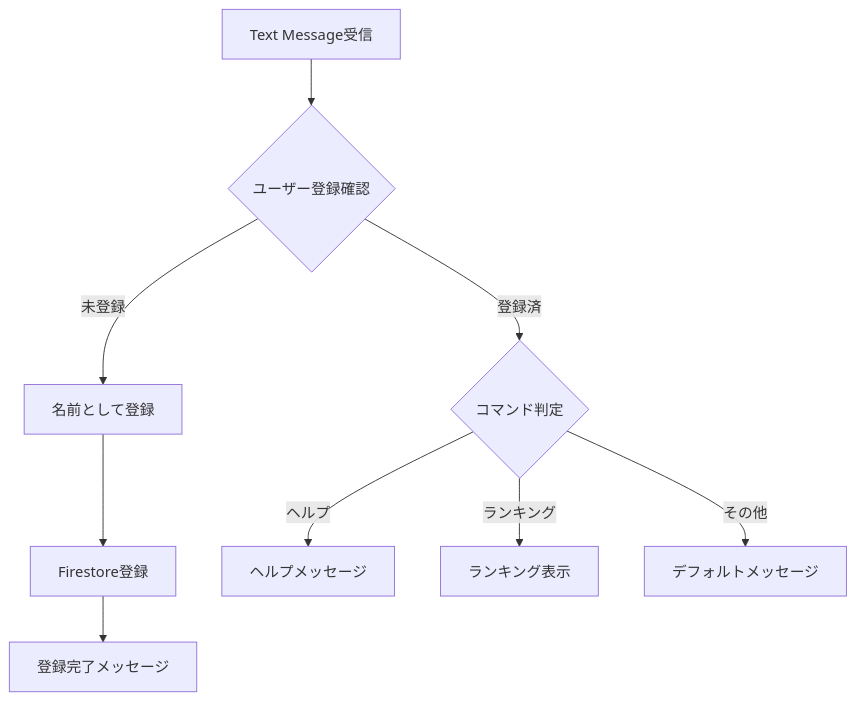
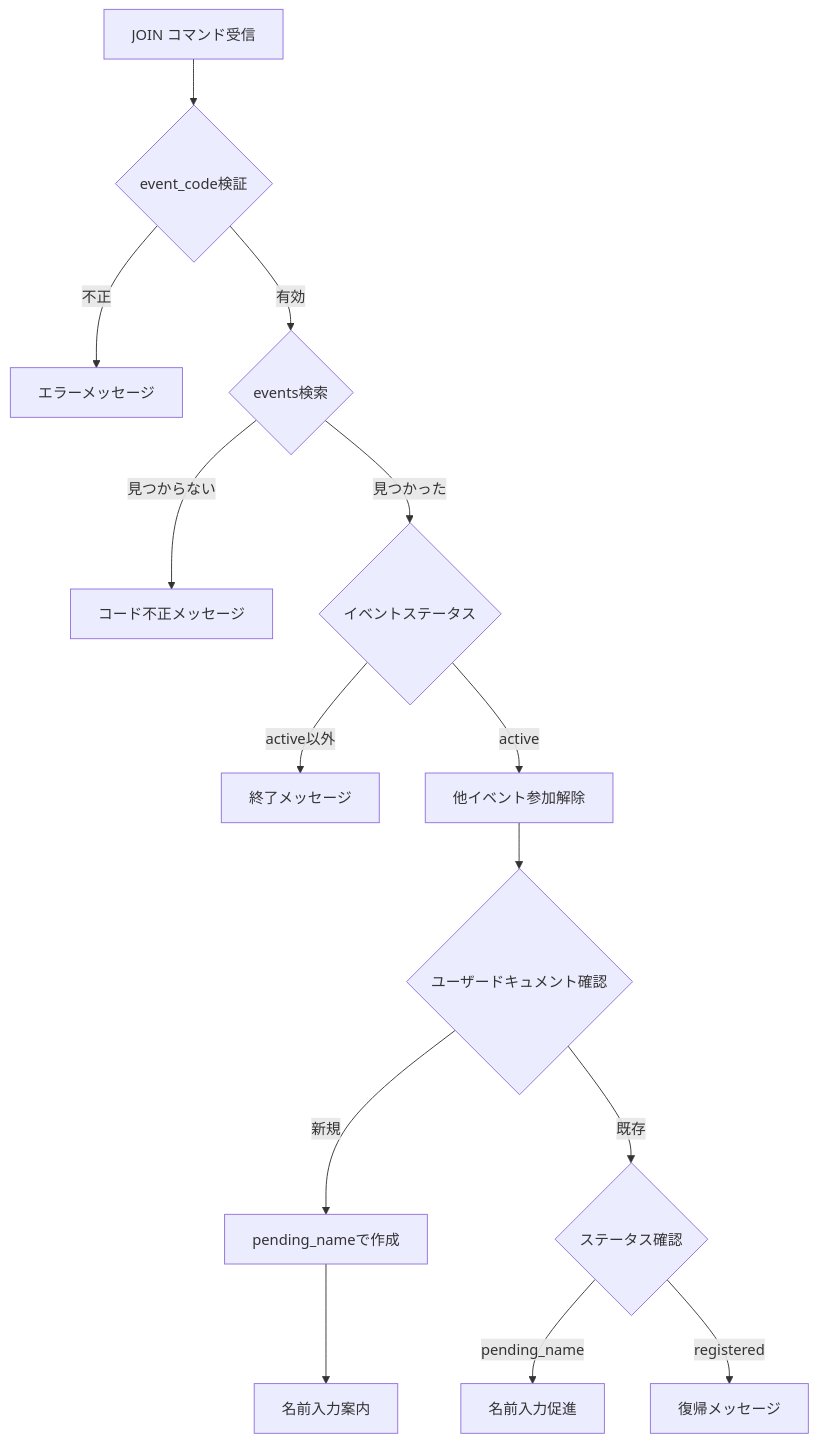
Before and after one commit to nakayamaryo0731/wedding_smile_catcher: the second of 3 diagrams in docs/api/webhook.md, drawn with Mermaid. The commit also changed other lines of this file and 18 other files, not shown here.

````diff
--- a/docs/api/webhook.md
+++ b/docs/api/webhook.md
@@ -149,13 +140,16 @@
 ```mermaid
 graph TD
-    A[Text Message受信] --> B{ユーザー登録確認}
-    B -->|未登録| C[名前として登録]
-    B -->|登録済| D{コマンド判定}
-
-    C --> E[Firestore登録]
-    E --> F[登録完了メッセージ]
-
-    D -->|ヘルプ| G[ヘルプメッセージ]
-    D -->|ランキング| H[ランキング表示]
-    D -->|その他| I[デフォルトメッセージ]
+    A[JOIN コマンド受信] --> B{event_code検証}
+    B -->|不正| C[エラーメッセージ]
+    B -->|有効| D{events検索}
+    D -->|見つからない| E[コード不正メッセージ]
+    D -->|見つかった| F{イベントステータス}
+    F -->|active以外| G[終了メッセージ]
+    F -->|active| H[他イベント参加解除]
+    H --> I{ユーザードキュメント確認}
+    I -->|新規| J[pending_nameで作成]
+    I -->|既存| K{ステータス確認}
+    K -->|pending_name| L[名前入力促進]
+    K -->|registered| M[復帰メッセージ]
+    J --> N[名前入力案内]
 ```
````
